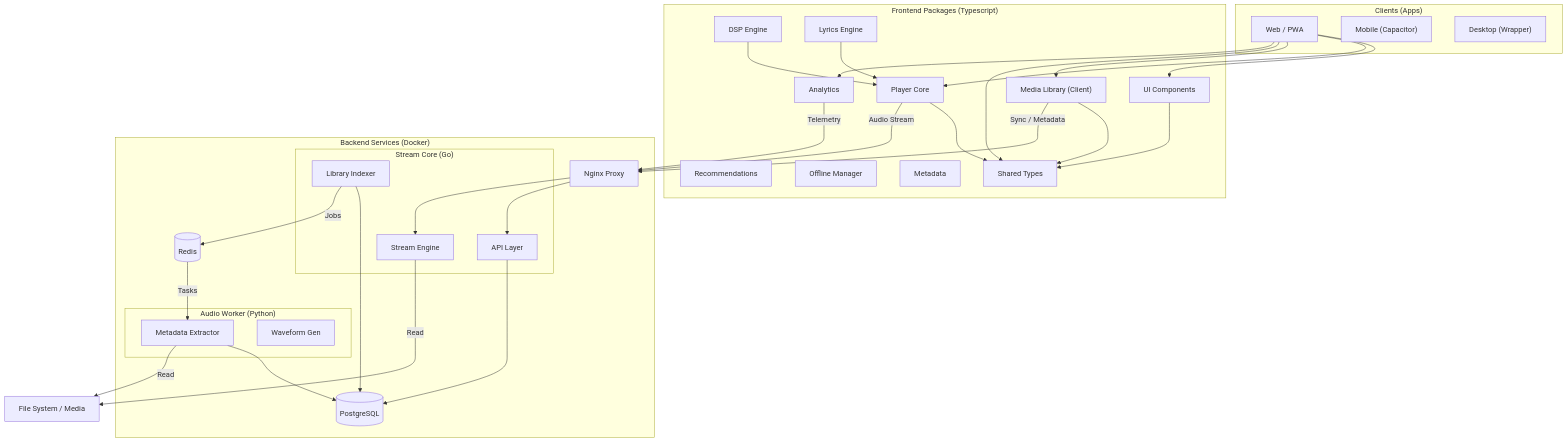
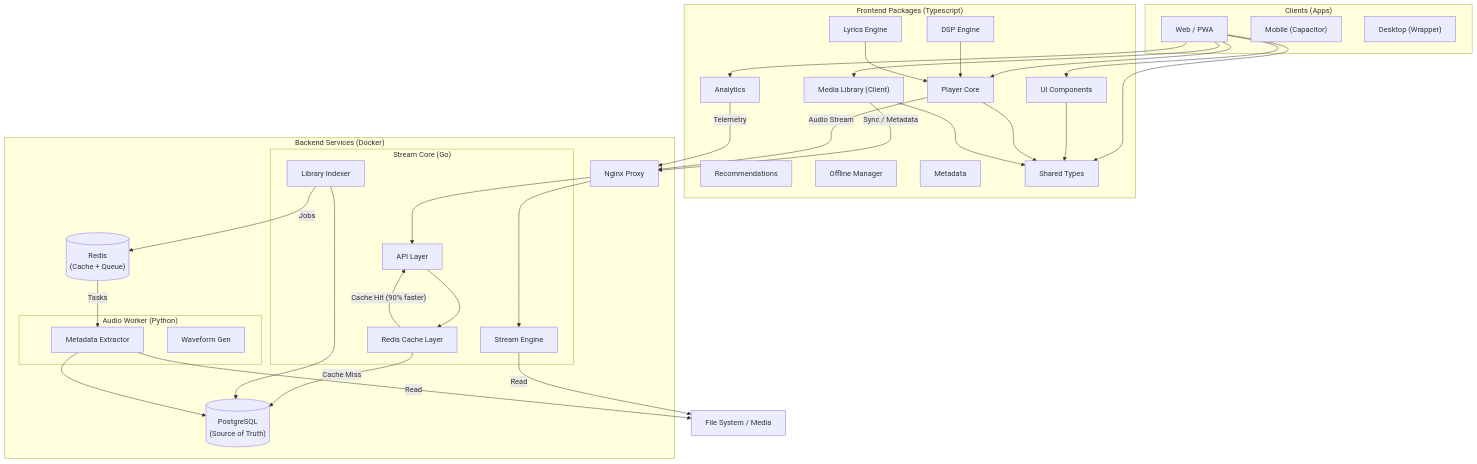
One commit to artur0sky/sonantica changed the diagram in docs/ARCHITECTURE.md. Above: the diagram before and after it, drawn with Mermaid. The commit also changed other lines of this file and 1 other file, not shown here.

First line of the commit message:
docs: update architecture and README with Redis caching and virtual scrolling

````diff
--- a/docs/ARCHITECTURE.md
+++ b/docs/ARCHITECTURE.md
@@ -42,72 +41,75 @@
 ```mermaid
 graph TD
     subgraph "Clients (Apps)"
         WEB["Web / PWA"]
         MOB["Mobile (Capacitor)"]
         DESK["Desktop (Wrapper)"]
     end
 
     subgraph "Frontend Packages (Typescript)"
         UI["UI Components"]
         PC["Player Core"]
         ML["Media Library (Client)"]
         DSP["DSP Engine"]
         REC["Recommendations"]
         OFF["Offline Manager"]
         LYR["Lyrics Engine"]
         MET["Metadata"]
         ANA["Analytics"]
         SHARED["Shared Types"]
     end
 
     subgraph "Backend Services (Docker)"
         subgraph "Stream Core (Go)"
             API["API Layer"]
             STREAM["Stream Engine"]
             IDX["Library Indexer"]
+            CACHE["Redis Cache Layer"]
         end
 
         subgraph "Audio Worker (Python)"
             META["Metadata Extractor"]
             WAVE["Waveform Gen"]
         end
         
-        DB[("PostgreSQL")]
-        REDIS[("Redis")]
+        DB[("PostgreSQL<br/>(Source of Truth)")]
+        REDIS[("Redis<br/>(Cache + Queue)")]
         Nginx["Nginx Proxy"]
     end
 
     %% Client Dependencies
     WEB --> UI
     WEB --> PC
     WEB --> ML
     WEB --> SHARED
     WEB --> ANA
     
     %% Package Inter-dependencies
     UI --> SHARED
     PC --> SHARED
     ML --> SHARED
     DSP --> PC
     LYR --> PC
     
     %% Client to Backend
     ML -- "Sync / Metadata" --> Nginx
     PC -- "Audio Stream" --> Nginx
     ANA -- "Telemetry" --> Nginx
 
     %% Backend Routing
     Nginx --> API
     Nginx --> STREAM
 
-    %% Service Logic
-    API --> DB
+    %% Service Logic with Cache
+    API --> CACHE
+    CACHE -- "Cache Miss" --> DB
+    CACHE -- "Cache Hit (90% faster)" --> API
     IDX --> DB
     IDX -- "Jobs" --> REDIS
     REDIS -- "Tasks" --> META
     META --> DB
     
     %% Storage
     STREAM -- "Read" --> FS["File System / Media"]
     META -- "Read" --> FS
 ```
````
